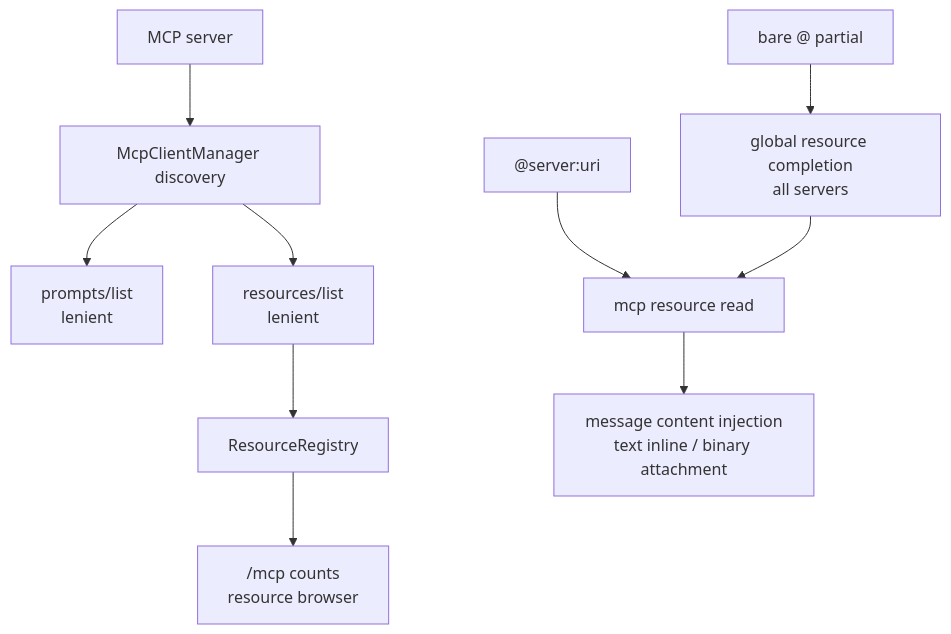
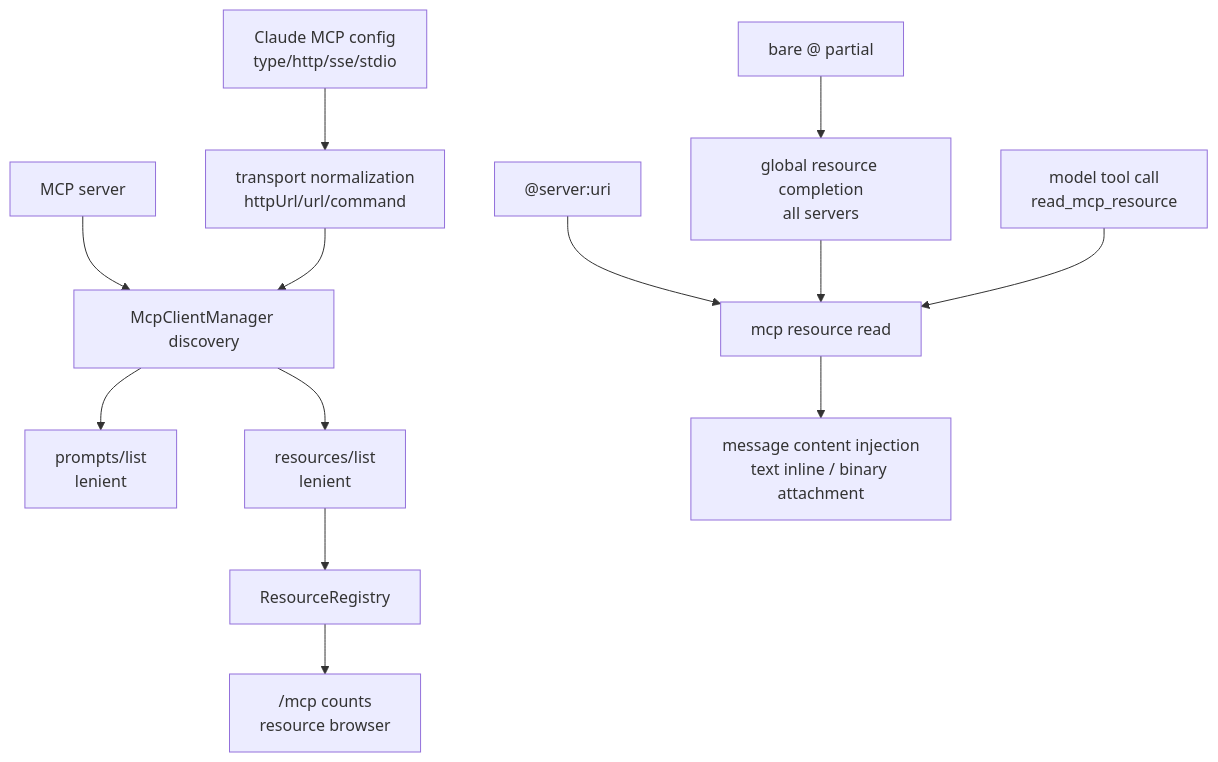
Before and after one commit to doudouOUC/code_agent: the diagram in qwen-code/feature/mcp-resources-prompts.md, drawn with Mermaid. The commit also changed other lines of this file and 14 other files, not shown here.

````diff
--- a/qwen-code/feature/mcp-resources-prompts.md
+++ b/qwen-code/feature/mcp-resources-prompts.md
@@ -23,12 +23,15 @@
 ```mermaid
 flowchart TB
   MCP["MCP server"] --> DISC["McpClientManager discovery"]
   DISC --> PROMPTS["prompts/list<br/>lenient"]
   DISC --> RESLIST["resources/list<br/>lenient"]
   RESLIST --> REG["ResourceRegistry"]
   REG --> UI["/mcp counts<br/>resource browser"]
   USER["@server:uri"] --> READ["mcp resource read"]
   USER2["bare @ partial"] --> GLOB["global resource completion<br/>all servers"]
   GLOB --> READ
+  MODEL["model tool call<br/>read_mcp_resource"] --> READ
   READ --> INJECT["message content injection<br/>text inline / binary attachment"]
+  CFG["Claude MCP config<br/>type/http/sse/stdio"] --> NORM["transport normalization<br/>httpUrl/url/command"]
+  NORM --> DISC
 ```
````
